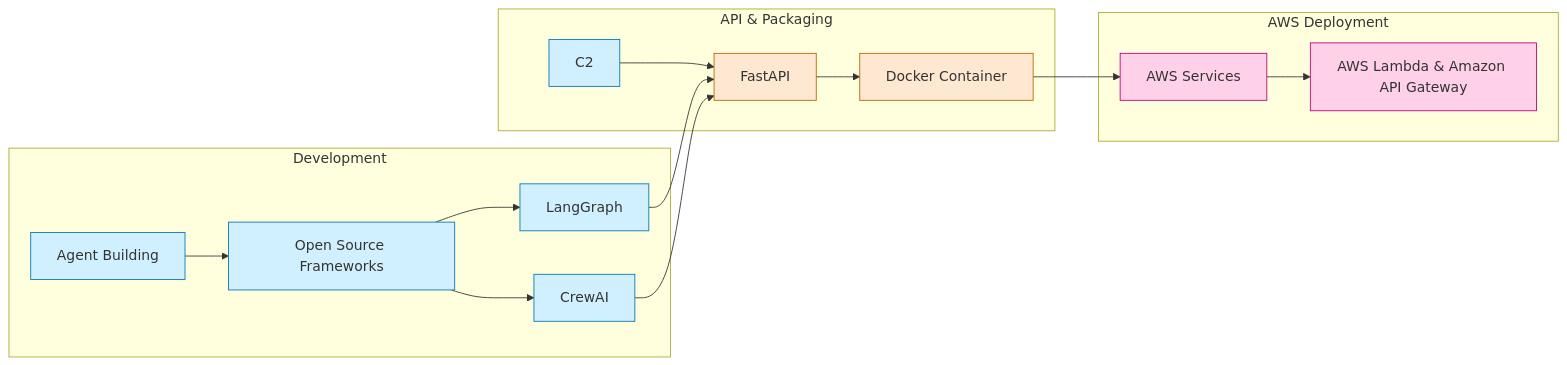
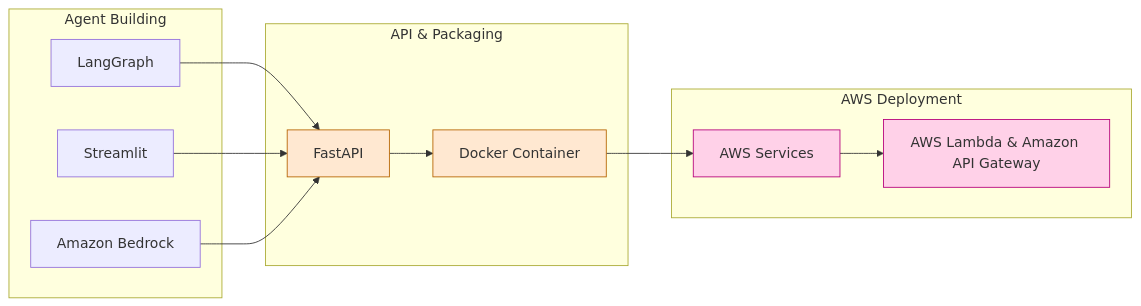
Before and after one commit to adisystems/fmbench-assistant: the first of 2 diagrams in README.md, drawn with Mermaid. The commit also changed other lines of this file and 2 other files, not shown here.

````diff
--- a/README.md
+++ b/README.md
@@ -14,26 +18,40 @@
 ```mermaid
 graph LR
-    subgraph "Development"
-        A["Agent Building"] --> B["Open Source Frameworks"]
-        B --> C1["LangGraph"]
-        B --> C3["CrewAI"]
+    %% Agent Building section
+    A1["LangGraph"] --> D["FastAPI"]
+    A2["Streamlit"] --> D
+    A3["Amazon Bedrock"] --> D
+    
+    %% API & Packaging section
+    D --> E["Docker Container"]
+    
+    %% AWS Deployment section
+    E --> F["AWS Services"]
+    F --> G1["AWS Lambda & Amazon API Gateway"]
+    
+    %% Subgraph definitions
+    subgraph "Agent Building"
+        A1
+        A2
+        A3
     end
     
     subgraph "API & Packaging"
-        C1 & C2 & C3 --> D["FastAPI"]
-        D --> E["Docker Container"]
+        D
+        E
     end
     
     subgraph "AWS Deployment"
-        E --> F["AWS Services"]
-        F --> G1["AWS Lambda & Amazon API Gateway"]
+        F
+        G1
     end
     
+    %% Styling
     classDef dev fill:#d1f0ff,stroke:#0077b6
     classDef mid fill:#ffe8d1,stroke:#b66300
     classDef aws fill:#ffd1e8,stroke:#b6007a
     
-    class A,B,C1,C2,C3 dev
+    class A,B,C1,C3 dev
     class D,E mid
-    class F,G1,G2,G3,G4 aws
+    class F,G1 aws
 ```
````
